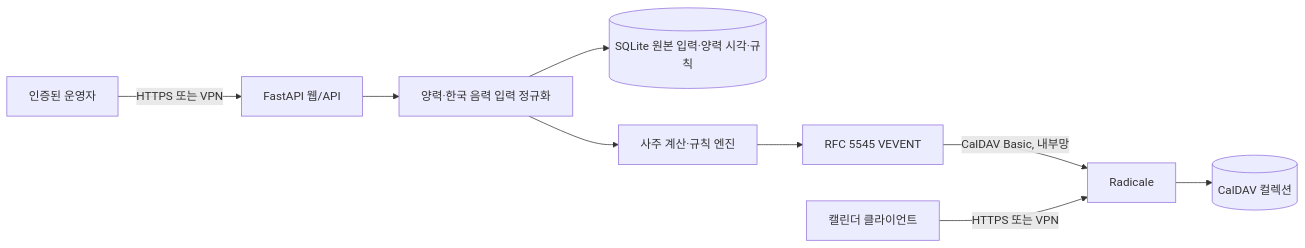
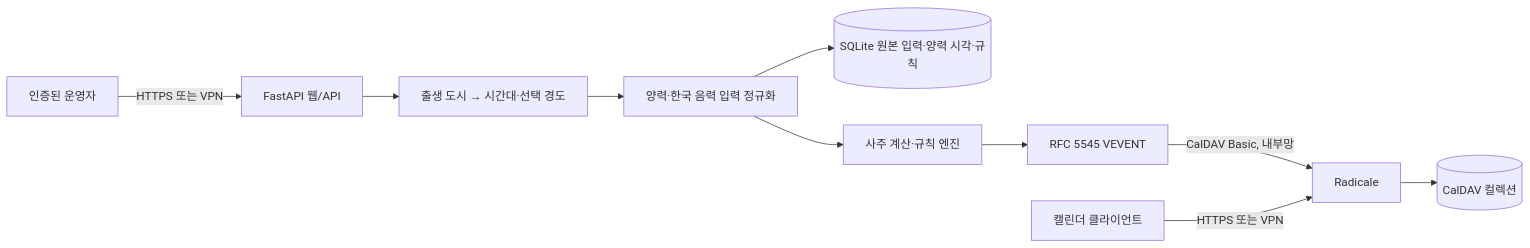
Before and after one commit to ContextualWisdomLab/saju-caldav: the diagram in docs/ARCHITECTURE.md, drawn with Mermaid. The commit also changed other lines of this file and 17 other files, not shown here.

````diff
--- a/docs/ARCHITECTURE.md
+++ b/docs/ARCHITECTURE.md
@@ -3,11 +3,12 @@
 ```mermaid
 flowchart LR
     O[인증된 운영자] -->|HTTPS 또는 VPN| W[FastAPI 웹/API]
-    W --> N[양력·한국 음력 입력 정규화]
+    W --> L[출생 도시 → 시간대·선택 경도]
+    L --> N[양력·한국 음력 입력 정규화]
     N --> S[(SQLite 원본 입력·양력 시각·규칙)]
     N --> E[사주 계산·규칙 엔진]
     E --> I[RFC 5545 VEVENT]
     I -->|CalDAV Basic, 내부망| R[Radicale]
     R --> C[(CalDAV 컬렉션)]
     D[캘린더 클라이언트] -->|HTTPS 또는 VPN| R
 ```
````
